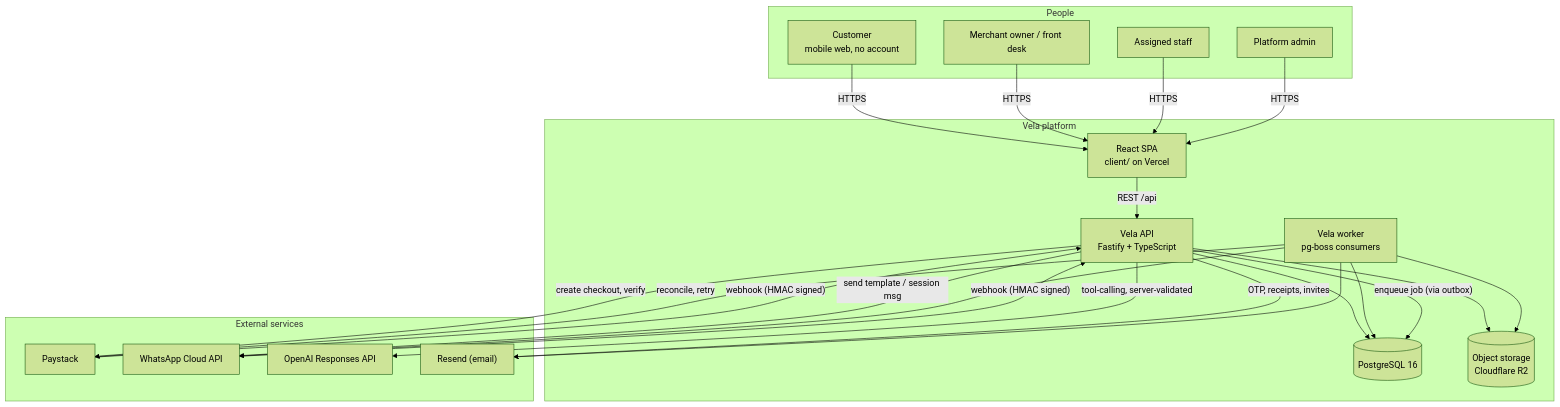
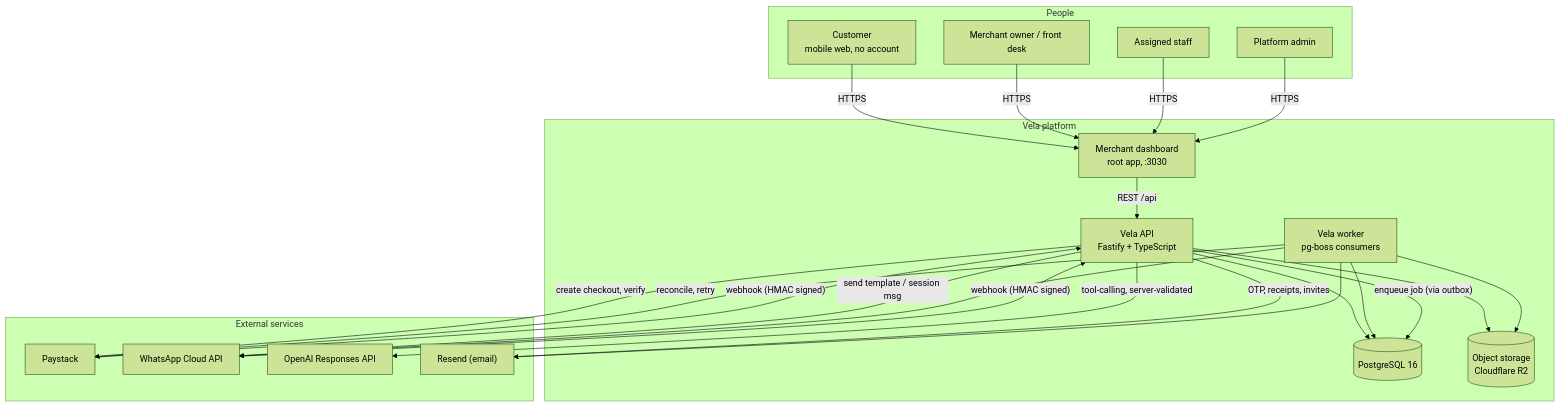
Before and after one commit to winnerbanjo/vela: the first of 9 diagrams in docs/backend/ARCHITECTURE.md, drawn with Mermaid (forest theme). The commit also changed other lines of this file and 7 other files, not shown here.

````diff
--- a/docs/backend/ARCHITECTURE.md
+++ b/docs/backend/ARCHITECTURE.md
@@ -52,46 +52,46 @@
 ```mermaid
 flowchart TB
     subgraph Actors["People"]
         C["Customer<br/>mobile web, no account"]
         M["Merchant owner / front desk"]
         S["Assigned staff"]
         A["Platform admin"]
     end
 
     subgraph Vela["Vela platform"]
-        WEB["React SPA<br/>client/ on Vercel"]
+        WEB["Merchant dashboard<br/>root app, :3030"]
         API["Vela API<br/>Fastify + TypeScript"]
         WORKER["Vela worker<br/>pg-boss consumers"]
         DB[("PostgreSQL 16")]
         STORE[("Object storage<br/>Cloudflare R2")]
     end
 
     subgraph Vendors["External services"]
         PAY["Paystack"]
         WA["WhatsApp Cloud API"]
         AI["OpenAI Responses API"]
         MAIL["Resend (email)"]
     end
 
     C -->|"HTTPS"| WEB
     M -->|"HTTPS"| WEB
     S -->|"HTTPS"| WEB
     A -->|"HTTPS"| WEB
     WEB -->|"REST /api"| API
 
     API --> DB
     API --> STORE
     API -->|"create checkout, verify"| PAY
     API -->|"send template / session msg"| WA
     API -->|"tool-calling, server-validated"| AI
     API -->|"OTP, receipts, invites"| MAIL
 
     PAY -->|"webhook (HMAC signed)"| API
     WA -->|"webhook (HMAC signed)"| API
     WORKER --> DB
     WORKER --> STORE
     WORKER --> WA
     WORKER --> MAIL
     WORKER -->|"reconcile, retry"| PAY
     API -->|"enqueue job (via outbox)"| DB
 ```
````
